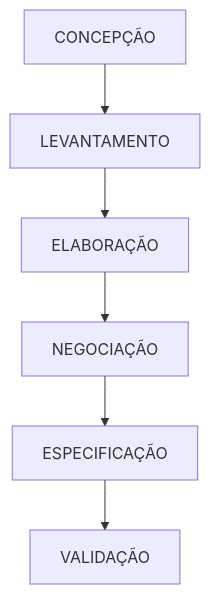
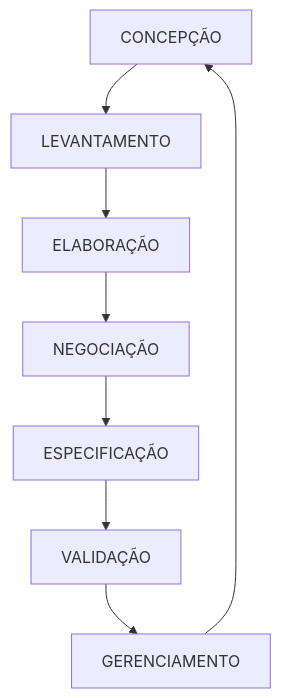
Before and after one commit to ericmds/3-Semestre: the diagram in Engenharia e Requisitos de Software/Aula 08 - (09.04.25).md, drawn with Mermaid.

Commit message:
Update Aula 08 - (09.04.25).md

````diff
--- a/Engenharia e Requisitos de Software/Aula 08 - (09.04.25).md
+++ b/Engenharia e Requisitos de Software/Aula 08 - (09.04.25).md
@@ -2,8 +2,10 @@
   ```mermaid
   graph TD;
     CONCEPÇÃO-->LEVANTAMENTO
     LEVANTAMENTO-->ELABORAÇÃO
     ELABORAÇÃO-->NEGOCIAÇÃO
     NEGOCIAÇÃO-->ESPECIFICAÇÃO
     ESPECIFICAÇÃO-->VALIDAÇÃO
+    VALIDAÇÃO-->GERENCIAMENTO
+    GERENCIAMENTO-->CONCEPÇÃO
   ```
````
